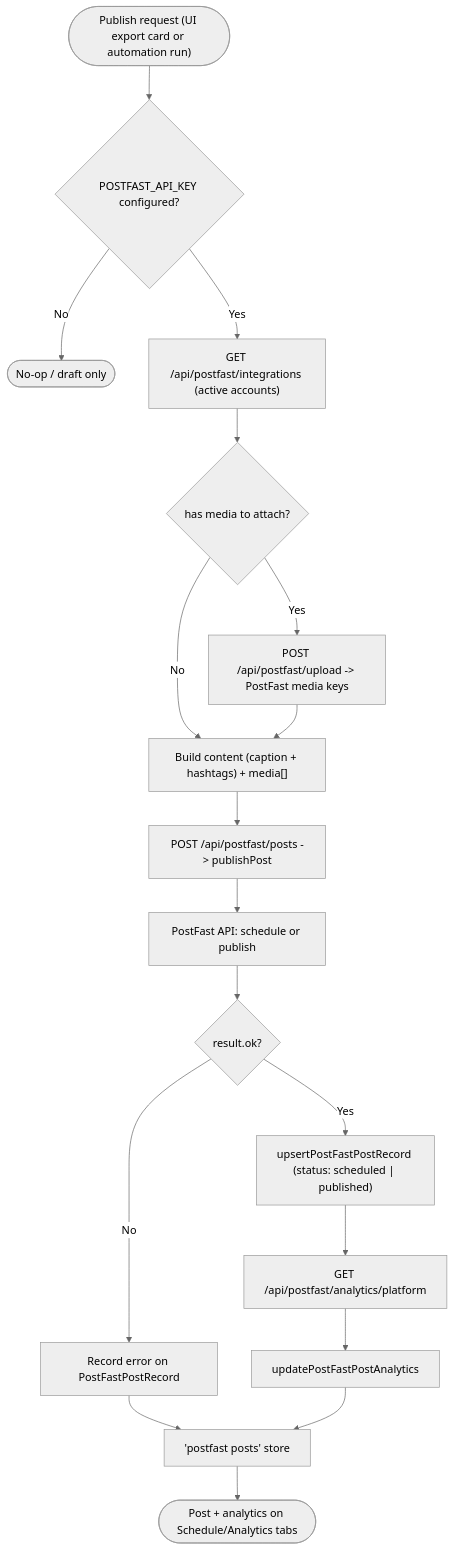
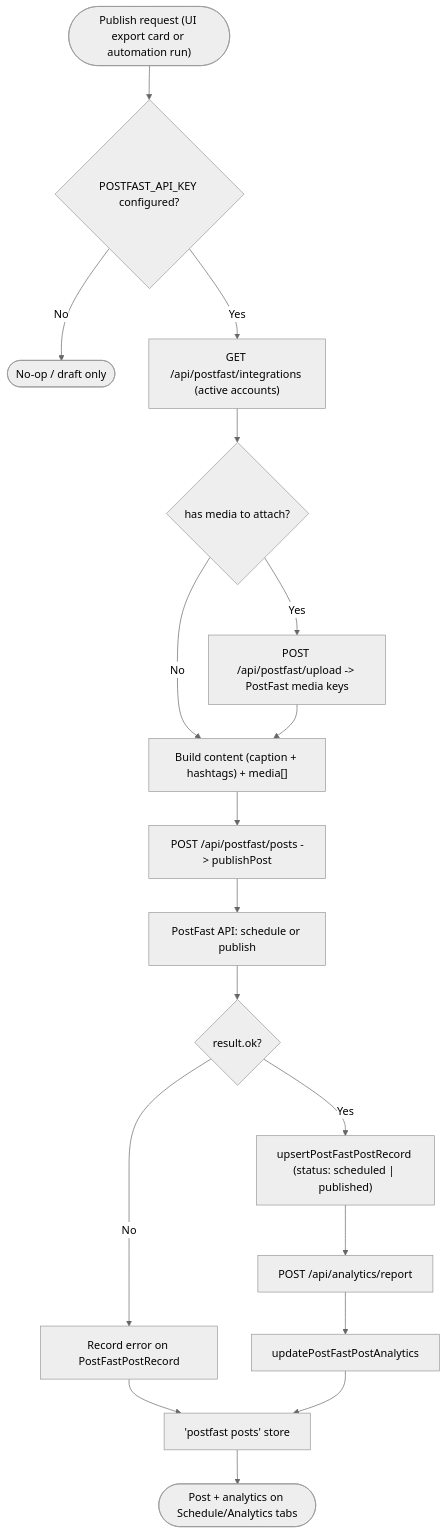
The diagram in diagrams/10-social-publishing.md (xk1234/cfarm), drawn with Mermaid (neutral theme) before and after one commit. The commit also changed other lines of this file and 624 other files, not shown here.

````diff
--- a/diagrams/10-social-publishing.md
+++ b/diagrams/10-social-publishing.md
@@ -8,23 +8,23 @@
 ```mermaid
 flowchart TD
     START(["Publish request (UI export card or automation run)"]) --> CFG{"POSTFAST_API_KEY configured?"}
     CFG -->|No| NOOP(["No-op / draft only"])
     CFG -->|Yes| INTEG["GET /api/postfast/integrations (active accounts)"]
 
     INTEG --> MEDIA{"has media to attach?"}
     MEDIA -->|Yes| UPLOAD["POST /api/postfast/upload -> PostFast media keys"]
     MEDIA -->|No| CONTENT
     UPLOAD --> CONTENT["Build content (caption + hashtags) + media[]"]
 
     CONTENT --> POST["POST /api/postfast/posts -> publishPost"]
     POST --> API["PostFast API: schedule or publish"]
     API --> OK{"result.ok?"}
     OK -->|No| ERRREC["Record error on PostFastPostRecord"]
     OK -->|Yes| REC["upsertPostFastPostRecord (status: scheduled | published)"]
 
-    REC --> SYNC["GET /api/postfast/analytics/platform"]
+    REC --> SYNC["POST /api/analytics/report"]
     ERRREC --> STORE
     SYNC --> UPDA["updatePostFastPostAnalytics"]
     UPDA --> STORE["'postfast posts' store"]
     STORE --> DONE(["Post + analytics on Schedule/Analytics tabs"])
 ```
````
